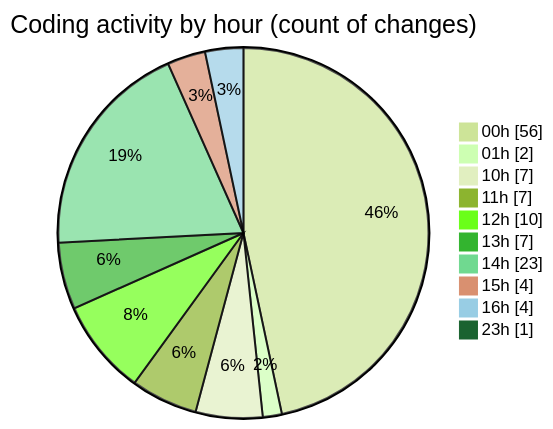
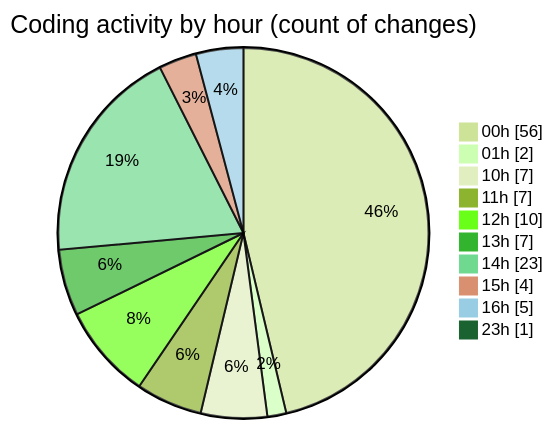
One commit to nxtqubesakshisongat/code-tracking changed the second of 2 diagrams in 2026-03-15/nxtqube_webapp/README.md. Above: the diagram before and after it, drawn with Mermaid (forest theme). The commit also changed other lines of this file and 1 other file, not shown here.

````diff
--- a/2026-03-15/nxtqube_webapp/README.md
+++ b/2026-03-15/nxtqube_webapp/README.md
@@ -41,14 +42,14 @@
 ```mermaid
 pie showData
 title Coding activity by hour (count of changes)
 "00h" : 56
 "01h" : 2
 "10h" : 7
 "11h" : 7
 "12h" : 10
 "13h" : 7
 "14h" : 23
 "15h" : 4
-"16h" : 4
+"16h" : 5
 "23h" : 1
 ```
````
